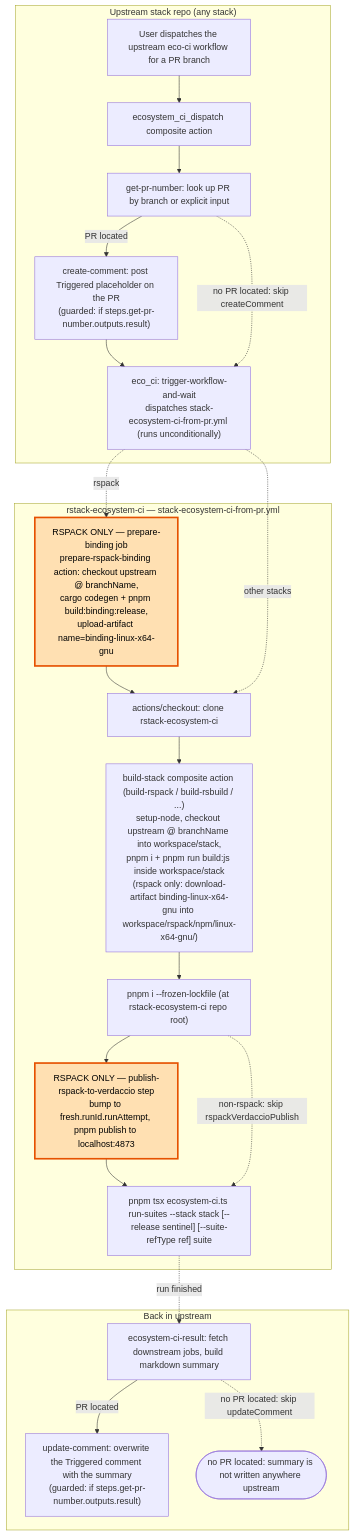
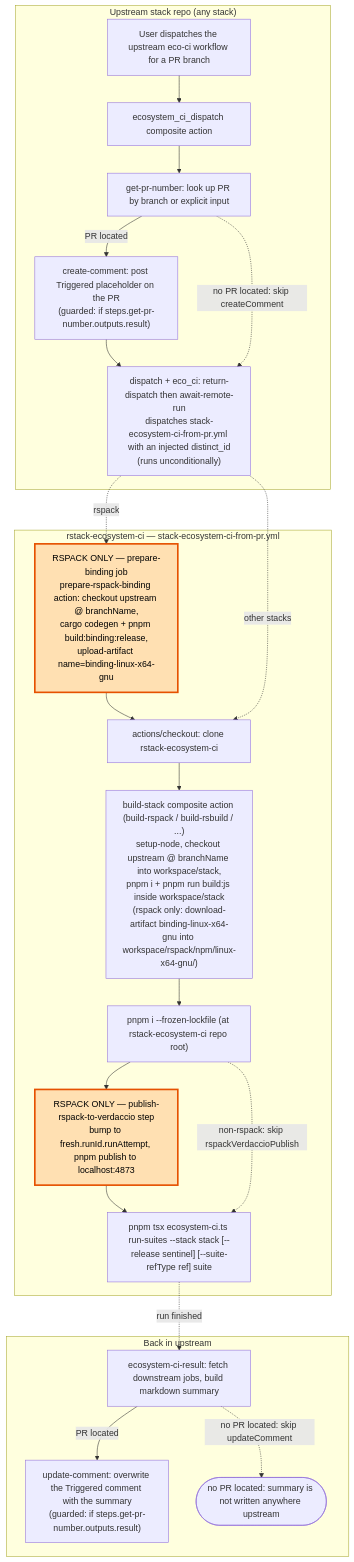
The first of 2 diagrams in AGENTS.md (rspack-contrib/rstack-ecosystem-ci), drawn with Mermaid before and after one commit. The commit also changed other lines of this file and 18 other files, not shown here.

Commit message:
ci: add return-dispatch distinct_id plumbing to all stack workflows (#73)

````diff
--- a/AGENTS.md
+++ b/AGENTS.md
@@ -45,65 +56,65 @@
 ```mermaid
 flowchart TD
     %% ========================================================================
     %% UPSTREAM — any stack (rspack / rsbuild / rslib / rstest / rsdoctor / rspress)
     %% ========================================================================
     subgraph upstream["Upstream stack repo (any stack)"]
         userDispatch["User dispatches the upstream eco-ci workflow for a PR branch"]
         dispatchAction["ecosystem_ci_dispatch composite action"]
         getPrNumber["get-pr-number: look up PR by branch or explicit input"]
         createComment["create-comment: post Triggered placeholder on the PR<br/>(guarded: if steps.get-pr-number.outputs.result)"]
-        dispatchWorkflow["eco_ci: trigger-workflow-and-wait<br/>dispatches stack-ecosystem-ci-from-pr.yml (runs unconditionally)"]
+        dispatchWorkflow["dispatch + eco_ci: return-dispatch then await-remote-run<br/>dispatches stack-ecosystem-ci-from-pr.yml with an injected distinct_id<br/>(runs unconditionally)"]
         userDispatch --> dispatchAction --> getPrNumber
         getPrNumber -- "PR located" --> createComment
         createComment --> dispatchWorkflow
         getPrNumber -. no PR located: skip createComment .-> dispatchWorkflow
     end
 
     %% ========================================================================
     %% DOWNSTREAM — stack-ecosystem-ci-from-pr.yml
     %% Nodes whose id starts with `rspack` are RSPACK ONLY and are skipped
     %% entirely for every other stack. See the bypass edges below.
     %% ========================================================================
     subgraph downstream["rstack-ecosystem-ci — stack-ecosystem-ci-from-pr.yml"]
         %% RSPACK ONLY — dedicated job that builds native bindings before any
         %% execute job can install @rspack/* packages.
         rspackPrepareBinding["RSPACK ONLY — prepare-binding job<br/>prepare-rspack-binding action: checkout upstream @ branchName,<br/>cargo codegen + pnpm build:binding:release,<br/>upload-artifact name=binding-linux-x64-gnu"]
 
         %% Shared execute-job steps (run for every stack)
         checkoutEcoCi["actions/checkout: clone rstack-ecosystem-ci"]
         buildStackAction["build-stack composite action (build-rspack / build-rsbuild / ...)<br/>setup-node, checkout upstream @ branchName into workspace/stack,<br/>pnpm i + pnpm run build:js inside workspace/stack<br/>(rspack only: download-artifact binding-linux-x64-gnu into workspace/rspack/npm/linux-x64-gnu/)"]
         pnpmInstall["pnpm i --frozen-lockfile (at rstack-ecosystem-ci repo root)"]
 
         %% RSPACK ONLY — publish workspace build to local Verdaccio with a
         %% fresh sentinel version, then pass it to ecosystem-ci.ts as --release.
         rspackVerdaccioPublish["RSPACK ONLY — publish-rspack-to-verdaccio step<br/>bump to fresh.runId.runAttempt, pnpm publish to localhost:4873"]
 
         runSuites["pnpm tsx ecosystem-ci.ts run-suites --stack stack [--release sentinel] [--suite-refType ref] suite"]
 
         rspackPrepareBinding --> checkoutEcoCi --> buildStackAction --> pnpmInstall --> rspackVerdaccioPublish --> runSuites
         pnpmInstall -. non-rspack: skip rspackVerdaccioPublish .-> runSuites
     end
 
     %% Fork at dispatch: rspack goes through prepare-binding first,
     %% other stacks jump straight into the shared execute job.
     dispatchWorkflow -. rspack .-> rspackPrepareBinding
     dispatchWorkflow -. other stacks .-> checkoutEcoCi
 
     %% ========================================================================
     %% BACK IN UPSTREAM — summarize and update the PR comment
     %% ========================================================================
     subgraph result["Back in upstream"]
         ecoCiResult["ecosystem-ci-result: fetch downstream jobs, build markdown summary"]
         updateComment["update-comment: overwrite the Triggered comment with the summary<br/>(guarded: if steps.get-pr-number.outputs.result)"]
         noCommentEnd(["no PR located: summary is not written anywhere upstream"])
         ecoCiResult -- "PR located" --> updateComment
         ecoCiResult -. no PR located: skip updateComment .-> noCommentEnd
     end
 
     runSuites -. run finished .-> ecoCiResult
 
     %% Visual styling (humans only). Does not change semantics — the `rspack`
     %% node-id prefix and the `RSPACK ONLY` label prefix are authoritative.
     classDef rspack fill:#ffe0b2,stroke:#e65100,stroke-width:3px,color:#000
     class rspackPrepareBinding,rspackVerdaccioPublish rspack
 ```
````
